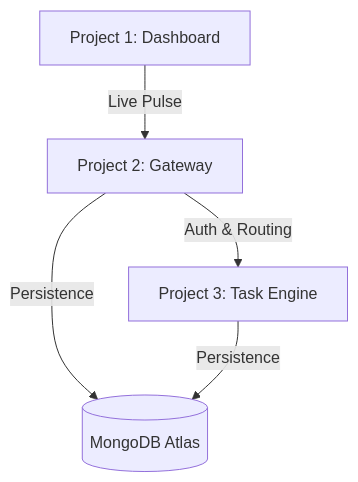
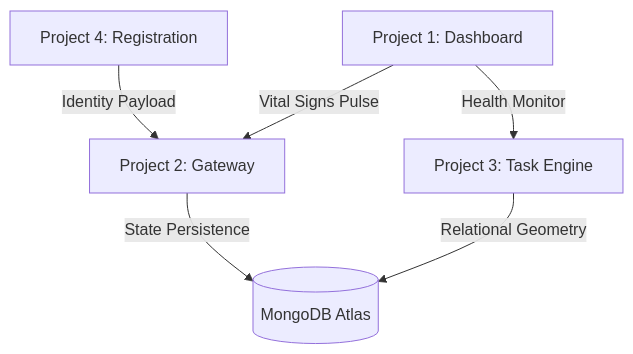
One commit to siddhantthakur278-bit/Aether-Nexus changed the diagram in README.md. Above: the diagram before and after it, drawn with Mermaid. The commit also changed other lines of this file and 4 other files, not shown here.

````diff
--- a/README.md
+++ b/README.md
@@ -12,7 +20,8 @@
 ```mermaid
 graph TD
-    P1[Project 1: Dashboard] -->|Live Pulse| P2[Project 2: Gateway]
-    P2 -->|Auth & Routing| P3[Project 3: Task Engine]
-    P2 -->|Persistence| DB[(MongoDB Atlas)]
-    P3 -->|Persistence| DB
+    P4[Project 4: Registration] -->|Identity Payload| P2[Project 2: Gateway]
+    P1[Project 1: Dashboard] -->|Vital Signs Pulse| P2
+    P1 -->|Health Monitor| P3[Project 3: Task Engine]
+    P2 -->|State Persistence| DB[(MongoDB Atlas)]
+    P3 -->|Relational Geometry| DB
 ```
````
